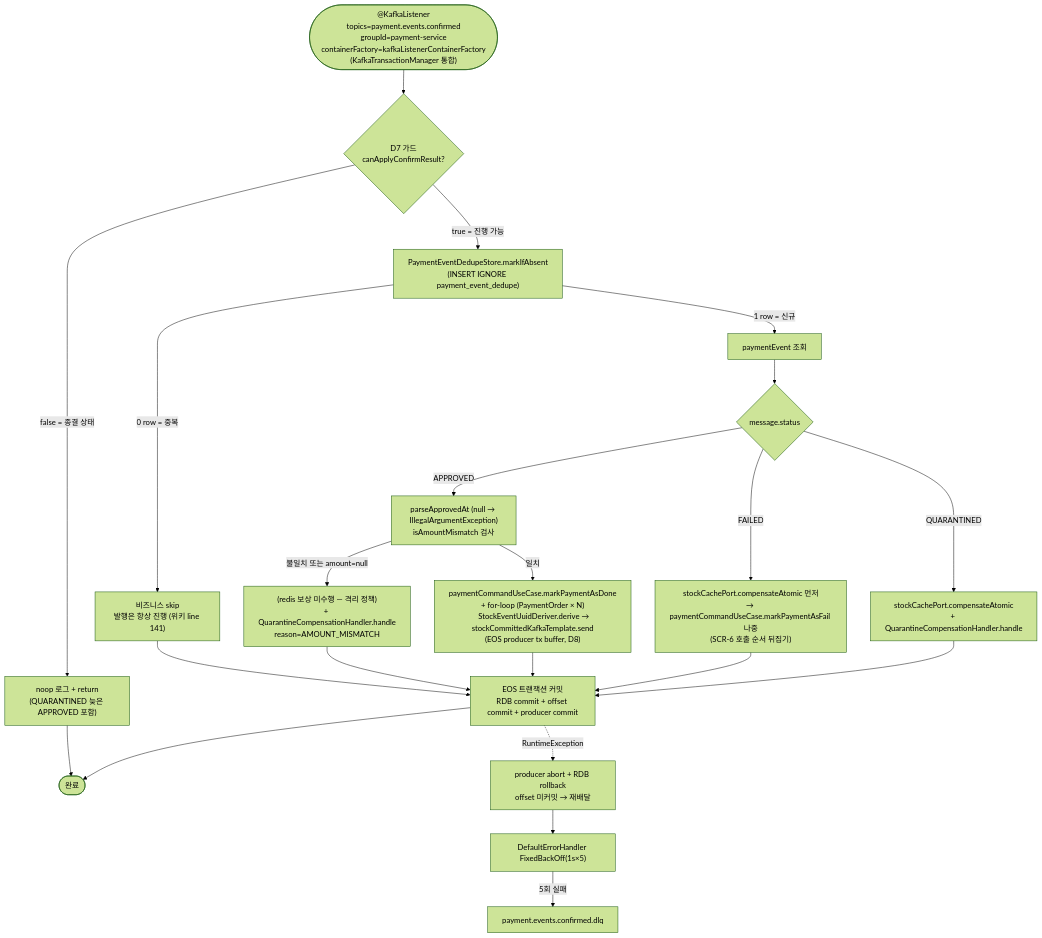
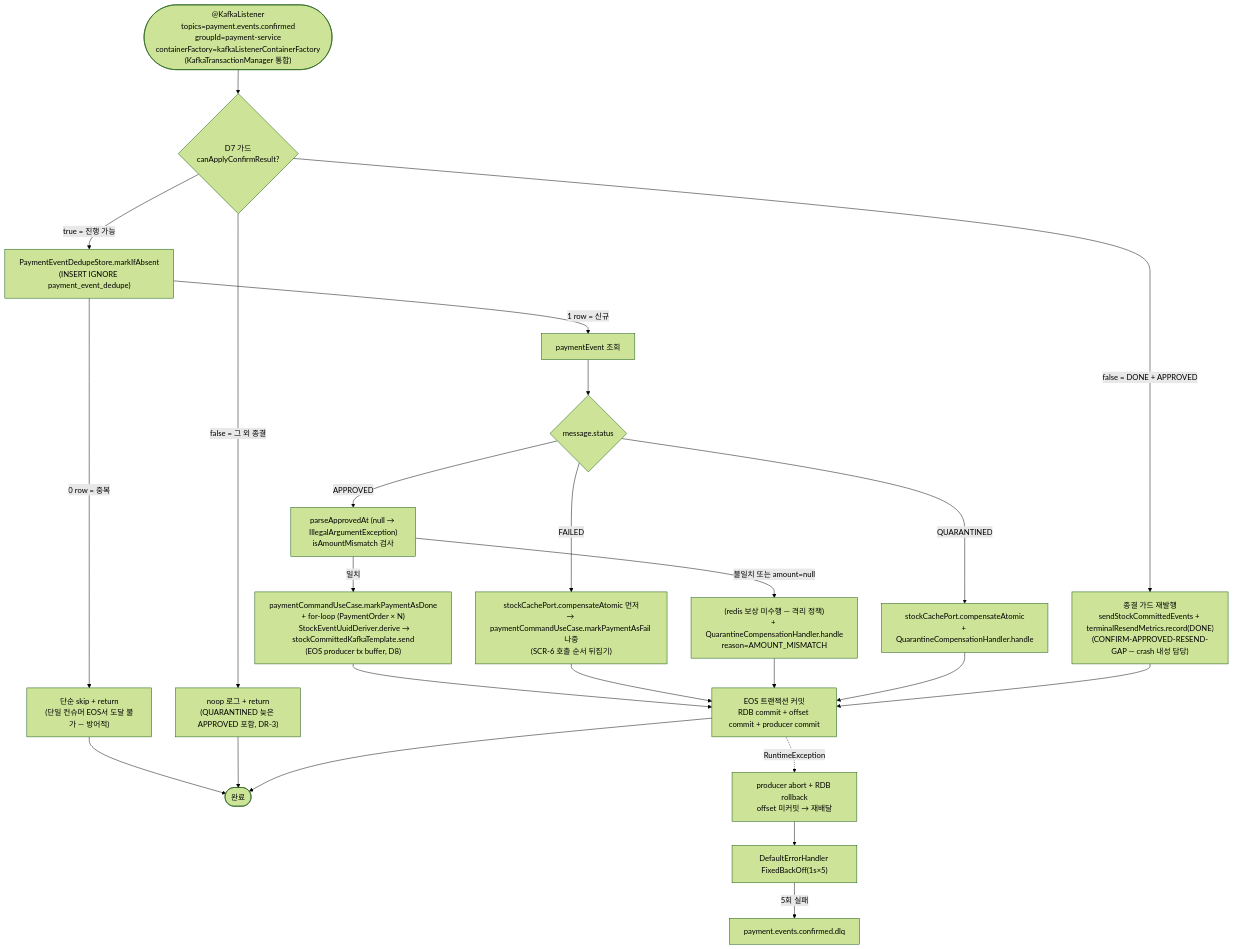
The fourth of 8 diagrams in docs/context/CONFIRM-FLOW.md (hyoguoo/payment-platform), drawn with Mermaid (forest theme) before and after one commit. The commit also changed other lines of this file and 9 other files, not shown here.

First line of the commit message:
docs: 비동기 confirm APPROVED 재고 확정 재발행 갭 작업 완료 및 문서 아카이브

````diff
--- a/docs/context/CONFIRM-FLOW.md
+++ b/docs/context/CONFIRM-FLOW.md
@@ -122,31 +122,33 @@
 ```mermaid
 flowchart TD
     KC(["@KafkaListener<br/>topics=payment.events.confirmed<br/>groupId=payment-service<br/>containerFactory=kafkaListenerContainerFactory<br/>(KafkaTransactionManager 통합)"]) --> GUARD{"D7 가드<br/>canApplyConfirmResult?"}
 
-    GUARD -->|false = 종결 상태| NOOP["noop 로그 + return<br/>(QUARANTINED 늦은 APPROVED 포함)"]
+    GUARD -->|false = DONE + APPROVED| RESEND_T["종결 가드 재발행<br/>sendStockCommittedEvents + terminalResendMetrics.record(DONE)<br/>(CONFIRM-APPROVED-RESEND-GAP — crash 내성 담당)"]
+    GUARD -->|false = 그 외 종결| NOOP["noop 로그 + return<br/>(QUARANTINED 늦은 APPROVED 포함, DR-3)"]
     GUARD -->|true = 진행 가능| DEDUPE["PaymentEventDedupeStore.markIfAbsent<br/>(INSERT IGNORE payment_event_dedupe)"]
 
-    DEDUPE -->|0 row = 중복| RESEND["비즈니스 skip<br/>발행은 항상 진행 (위키 line 141)"]
+    DEDUPE -->|0 row = 중복| RESEND["단순 skip + return<br/>(단일 컨슈머 EOS서 도달 불가 — 방어적)"]
     DEDUPE -->|1 row = 신규| LOAD[paymentEvent 조회]
     LOAD --> SW{message.status}
 
     SW -->|APPROVED| AMT["parseApprovedAt (null → IllegalArgumentException)<br/>isAmountMismatch 검사"]
     AMT -->|불일치 또는 amount=null| QU_AM["(redis 보상 미수행 — 격리 정책)<br/>+ QuarantineCompensationHandler.handle<br/>reason=AMOUNT_MISMATCH"]
     AMT -->|일치| DONE_OK["paymentCommandUseCase.markPaymentAsDone<br/>+ for-loop (PaymentOrder × N)<br/>  StockEventUuidDeriver.derive → stockCommittedKafkaTemplate.send<br/>(EOS producer tx buffer, D8)"]
 
     SW -->|FAILED| FAIL_OK["stockCachePort.compensateAtomic 먼저<br/>→ paymentCommandUseCase.markPaymentAsFail 나중<br/>(SCR-6 호출 순서 뒤집기)"]
 
     SW -->|QUARANTINED| QU_PG["stockCachePort.compensateAtomic<br/>+ QuarantineCompensationHandler.handle"]
 
     DONE_OK --> COMMIT["EOS 트랜잭션 커밋<br/>RDB commit + offset commit + producer commit"]
     FAIL_OK --> COMMIT
     QU_AM --> COMMIT
     QU_PG --> COMMIT
-    RESEND --> COMMIT
-    NOOP --> END([완료])
+    RESEND_T --> COMMIT
+    RESEND --> END([완료])
+    NOOP --> END
     COMMIT --> END
 
     COMMIT -.->|RuntimeException| ABORT["producer abort + RDB rollback<br/>offset 미커밋 → 재배달"]
     ABORT --> RETRY["DefaultErrorHandler FixedBackOff(1s×5)"]
     RETRY -->|5회 실패| DLQ["payment.events.confirmed.dlq"]
 ```
````
